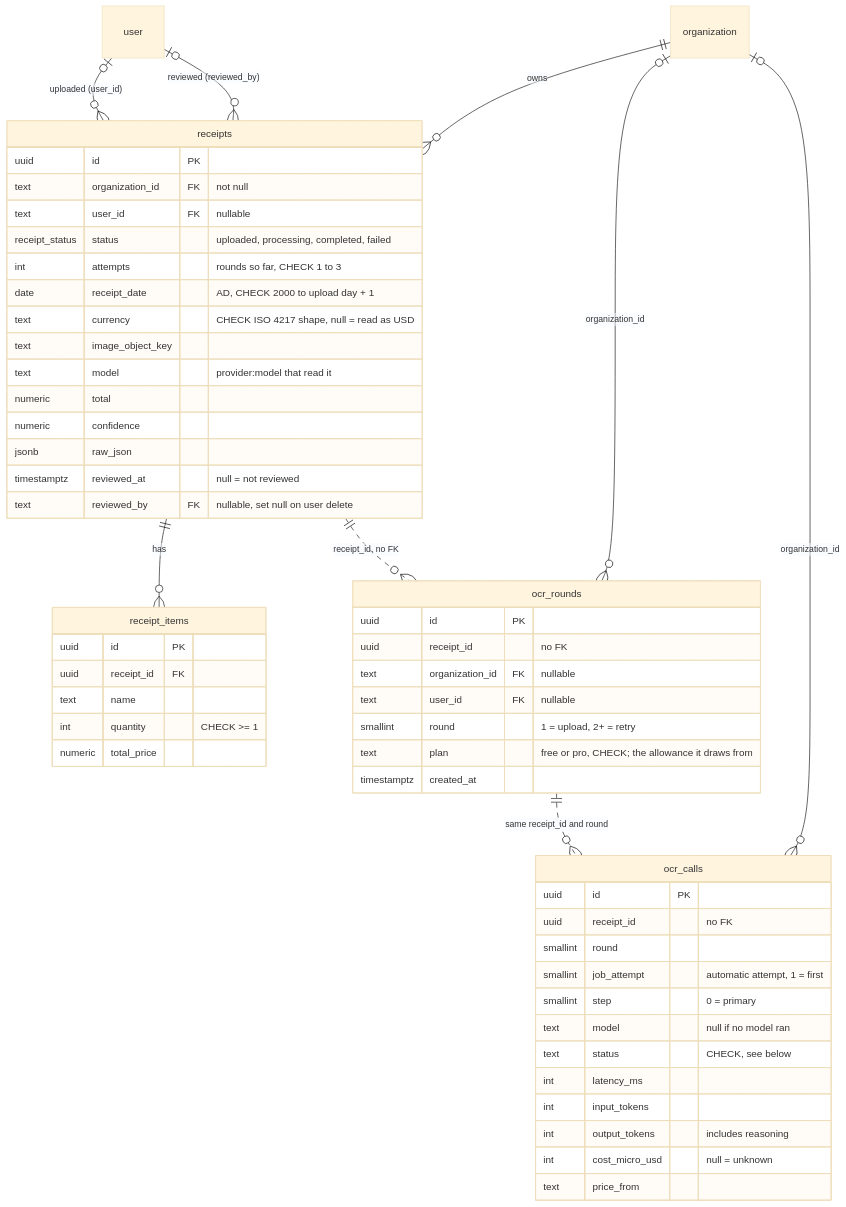
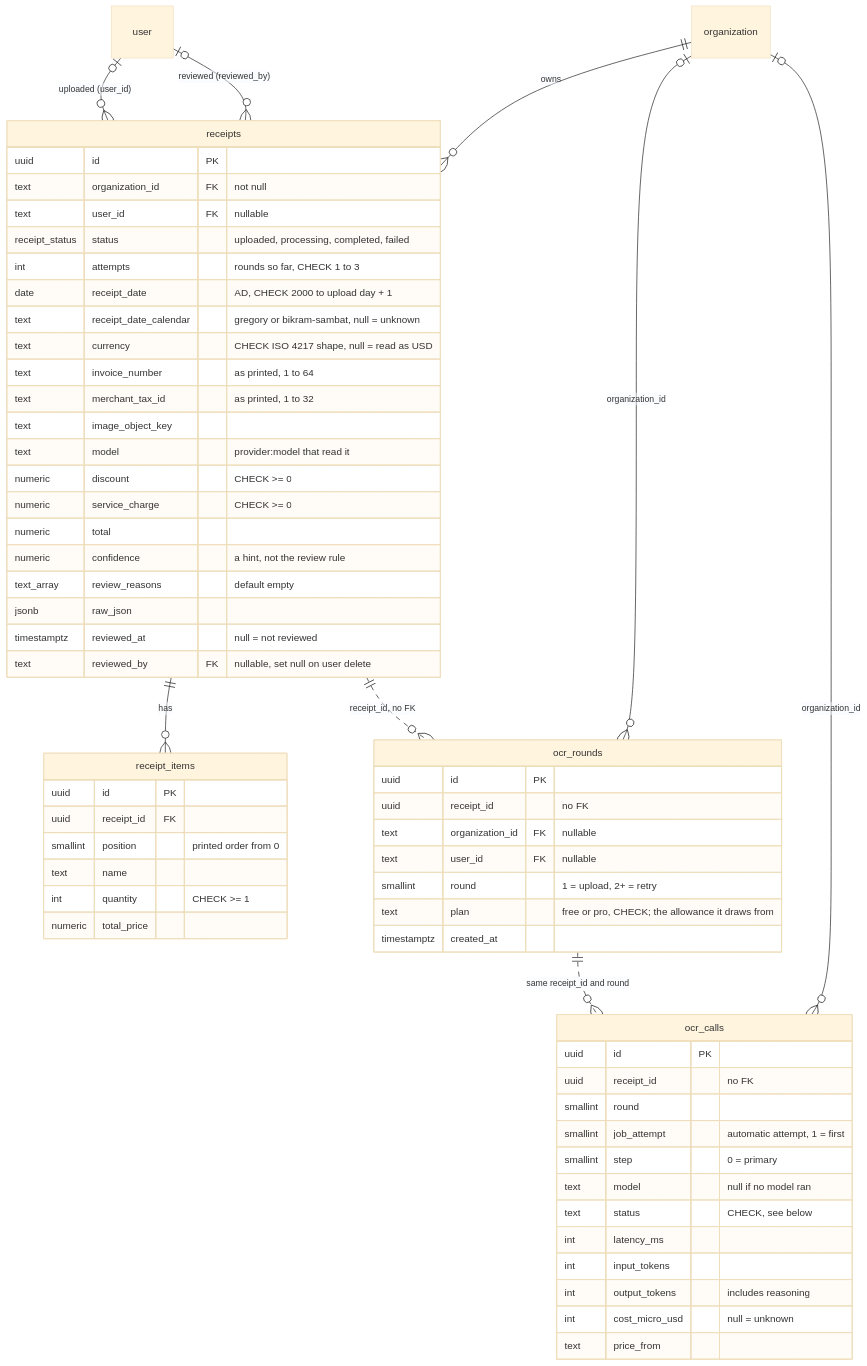
One commit to bhimrazy/receipt-ocr-app changed the second of 6 diagrams in docs/architecture/data-model.md. Above: the diagram before and after it, drawn with Mermaid (base theme). The commit also changed other lines of this file and 2 other files, not shown here.

Commit message:
docs: data model, core modules and status for receipt fields and BS dates

````diff
--- a/docs/architecture/data-model.md
+++ b/docs/architecture/data-model.md
@@ -134,58 +134,65 @@
 ```mermaid
 erDiagram
   organization ||--o{ receipts : "owns"
   user |o--o{ receipts : "uploaded (user_id)"
   user |o--o{ receipts : "reviewed (reviewed_by)"
   receipts ||--o{ receipt_items : "has"
   receipts ||..o{ ocr_rounds : "receipt_id, no FK"
   ocr_rounds ||..o{ ocr_calls : "same receipt_id and round"
   organization |o--o{ ocr_rounds : "organization_id"
   organization |o--o{ ocr_calls : "organization_id"
 
   receipts {
     uuid id PK
     text organization_id FK "not null"
     text user_id FK "nullable"
     receipt_status status "uploaded, processing, completed, failed"
     int attempts "rounds so far, CHECK 1 to 3"
     date receipt_date "AD, CHECK 2000 to upload day + 1"
+    text receipt_date_calendar "gregory or bikram-sambat, null = unknown"
     text currency "CHECK ISO 4217 shape, null = read as USD"
+    text invoice_number "as printed, 1 to 64"
+    text merchant_tax_id "as printed, 1 to 32"
     text image_object_key
     text model "provider:model that read it"
+    numeric discount "CHECK >= 0"
+    numeric service_charge "CHECK >= 0"
     numeric total
-    numeric confidence
+    numeric confidence "a hint, not the review rule"
+    text_array review_reasons "default empty"
     jsonb raw_json
     timestamptz reviewed_at "null = not reviewed"
     text reviewed_by FK "nullable, set null on user delete"
   }
   receipt_items {
     uuid id PK
     uuid receipt_id FK
+    smallint position "printed order from 0"
     text name
     int quantity "CHECK >= 1"
     numeric total_price
   }
   ocr_rounds {
     uuid id PK
     uuid receipt_id "no FK"
     text organization_id FK "nullable"
     text user_id FK "nullable"
     smallint round "1 = upload, 2+ = retry"
     text plan "free or pro, CHECK; the allowance it draws from"
     timestamptz created_at
   }
   ocr_calls {
     uuid id PK
     uuid receipt_id "no FK"
     smallint round
     smallint job_attempt "automatic attempt, 1 = first"
     smallint step "0 = primary"
     text model "null if no model ran"
     text status "CHECK, see below"
     int latency_ms
     int input_tokens
     int output_tokens "includes reasoning"
     int cost_micro_usd "null = unknown"
     text price_from
   }
 ```
````
